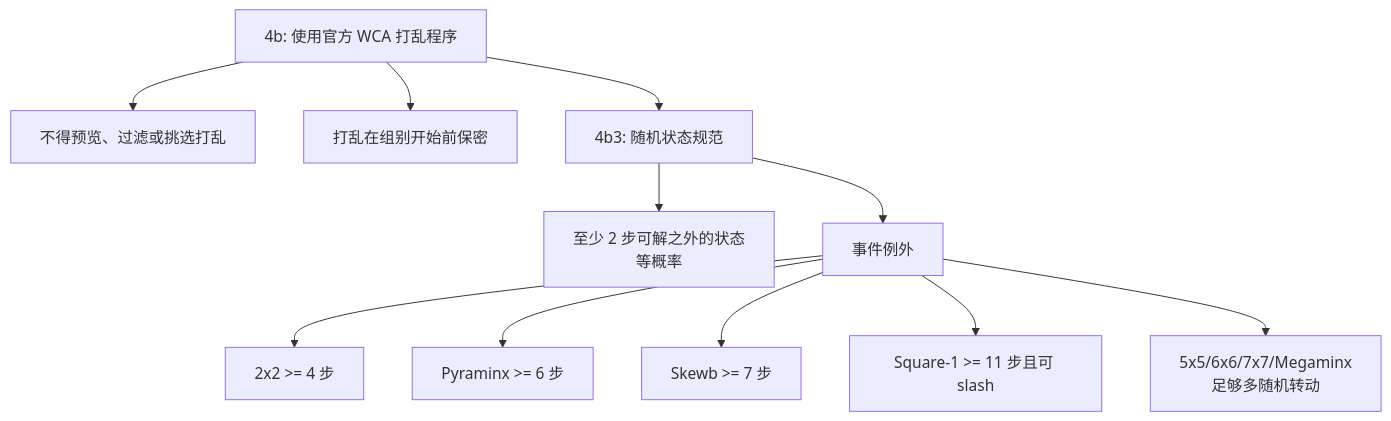
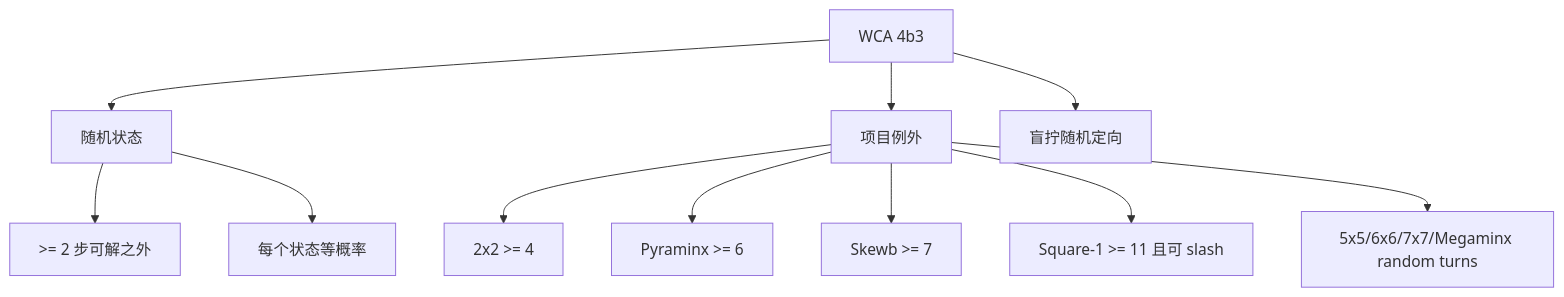
One commit to deweyou/cube-kit changed the diagram in apps/scramble-docs/docs/zh/wca-rules.md. Above: the diagram before and after it, drawn with Mermaid. The commit also changed other lines of this file and 27 other files, not shown here.

````diff
--- a/apps/scramble-docs/docs/zh/wca-rules.md
+++ b/apps/scramble-docs/docs/zh/wca-rules.md
@@ -7,13 +3,13 @@
 ```mermaid
 flowchart TD
-    Rule4b["4b: 使用官方 WCA 打乱程序"] --> Rule4b1["不得预览、过滤或挑选打乱"]
-    Rule4b --> Rule4b2["打乱在组别开始前保密"]
-    Rule4b --> Rule4b3["4b3: 随机状态规范"]
-    Rule4b3 --> Base["至少 2 步可解之外的状态<br/>等概率"]
-    Rule4b3 --> Exceptions["事件例外"]
-    Exceptions --> Two["2x2 >= 4 步"]
-    Exceptions --> Pyra["Pyraminx >= 6 步"]
-    Exceptions --> Skewb["Skewb >= 7 步"]
-    Exceptions --> Sq1["Square-1 >= 11 步且可 slash"]
-    Exceptions --> Big["5x5/6x6/7x7/Megaminx<br/>足够多随机转动"]
+    Rule["WCA 4b3"] --> Base["随机状态"]
+    Base --> Distance[">= 2 步可解之外"]
+    Base --> Equal["每个状态等概率"]
+    Rule --> Exceptions["项目例外"]
+    Exceptions --> Two["2x2 >= 4"]
+    Exceptions --> Pyra["Pyraminx >= 6"]
+    Exceptions --> Skewb["Skewb >= 7"]
+    Exceptions --> Sq1["Square-1 >= 11 且可 slash"]
+    Exceptions --> Big["5x5/6x6/7x7/Megaminx random turns"]
+    Rule --> Bld["盲拧随机定向"]
 ```
````
